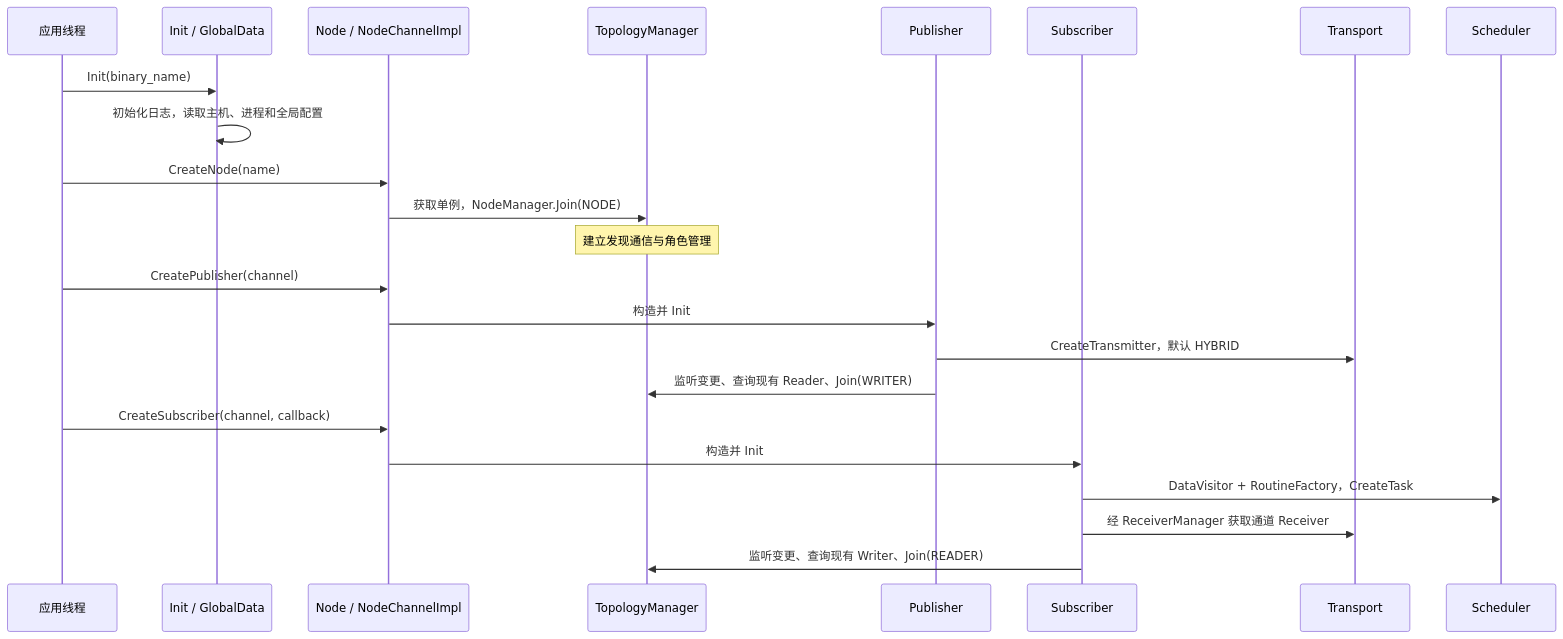
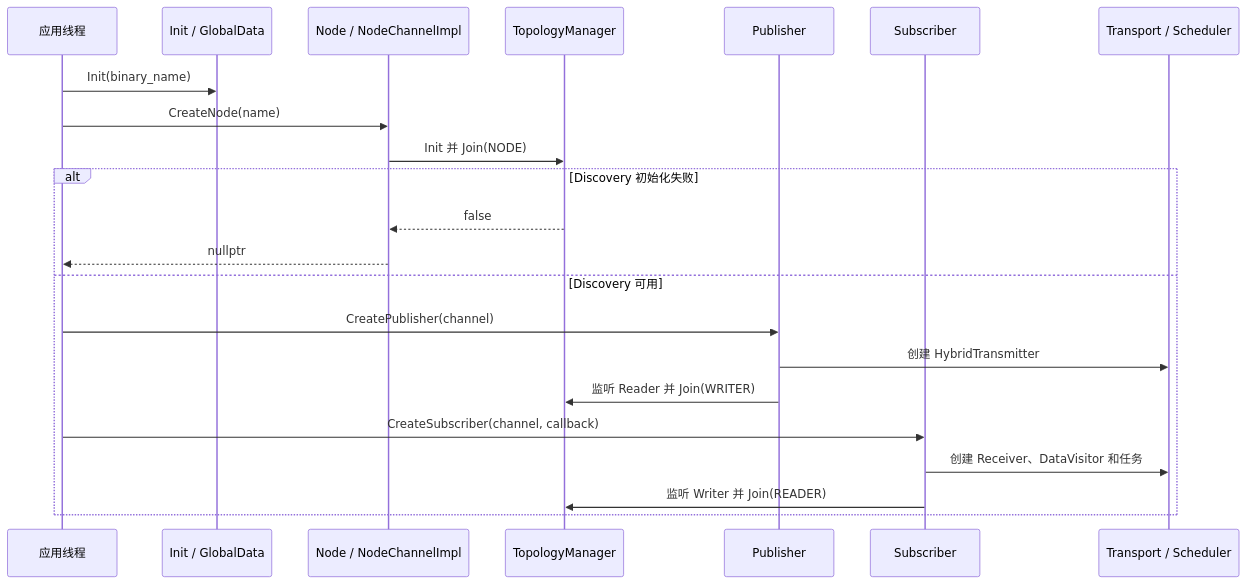
Before and after one commit to jzh03/cpp_MINI-CyberRT: the second of 13 diagrams in doc/architecture.md, drawn with Mermaid. The commit also changed other lines of this file and 13 other files, not shown here.

````diff
--- a/doc/architecture.md
+++ b/doc/architecture.md
@@ -81,25 +54,24 @@
 ```mermaid
 sequenceDiagram
     participant A as 应用线程
     participant G as Init / GlobalData
     participant N as Node / NodeChannelImpl
     participant D as TopologyManager
     participant P as Publisher
     participant S as Subscriber
-    participant T as Transport
-    participant Q as Scheduler
+    participant T as Transport / Scheduler
     A->>G: Init(binary_name)
-    G->>G: 初始化日志，读取主机、进程和全局配置
     A->>N: CreateNode(name)
-    N->>D: 获取单例，NodeManager.Join(NODE)
-    Note over D: 建立发现通信与角色管理
-    A->>N: CreatePublisher(channel)
-    N->>P: 构造并 Init
-    P->>T: CreateTransmitter，默认 HYBRID
-    P->>D: 监听变更、查询现有 Reader、Join(WRITER)
-    A->>N: CreateSubscriber(channel, callback)
-    N->>S: 构造并 Init
-    S->>Q: DataVisitor + RoutineFactory，CreateTask
-    S->>T: 经 ReceiverManager 获取通道 Receiver
-    S->>D: 监听变更、查询现有 Writer、Join(READER)
+    N->>D: Init 并 Join(NODE)
+    alt Discovery 初始化失败
+        D-->>N: false
+        N-->>A: nullptr
+    else Discovery 可用
+        A->>P: CreatePublisher(channel)
+        P->>T: 创建 HybridTransmitter
+        P->>D: 监听 Reader 并 Join(WRITER)
+        A->>S: CreateSubscriber(channel, callback)
+        S->>T: 创建 Receiver、DataVisitor 和任务
+        S->>D: 监听 Writer 并 Join(READER)
+    end
 ```
````
